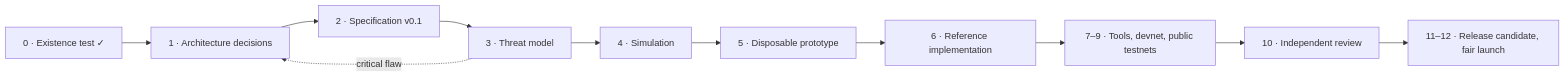
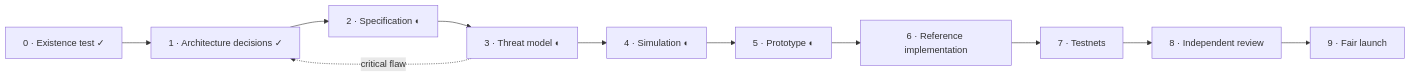
The diagram in README.md (IsamuNagai/varve), drawn with Mermaid before and after one commit. The commit also changed other lines of this file and 48 other files, not shown here.

````diff
--- a/README.md
+++ b/README.md
@@ -76,13 +78,14 @@
 ```mermaid
 flowchart LR
-    P0["0 · Existence test ✓"] --> P1["1 · Architecture decisions"]
-    P1 --> P2["2 · Specification v0.1"]
-    P2 --> P3["3 · Threat model"]
-    P3 --> P4["4 · Simulation"]
-    P4 --> P5["5 · Disposable prototype"]
+    P0["0 · Existence test ✓"]
+    P0 --> P1["1 · Architecture decisions ✓"]
+    P1 --> P2["2 · Specification ◐"]
+    P2 --> P3["3 · Threat model ◐"]
+    P3 --> P4["4 · Simulation ◐"]
+    P4 --> P5["5 · Prototype ◐"]
     P5 --> P6["6 · Reference implementation"]
-    P6 --> P9["7–9 · Tools, devnet, public testnets"]
-    P9 --> P10["10 · Independent review"]
-    P10 --> P12["11–12 · Release candidate, fair launch"]
+    P6 --> P7["7 · Testnets"]
+    P7 --> P8["8 · Independent review"]
+    P8 --> P9["9 · Fair launch"]
     P3 -. "critical flaw" .-> P1
 ```
````
